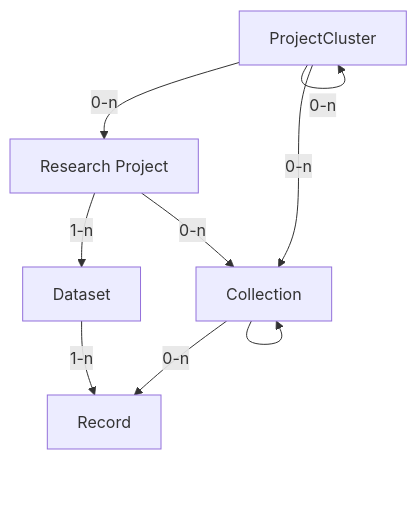
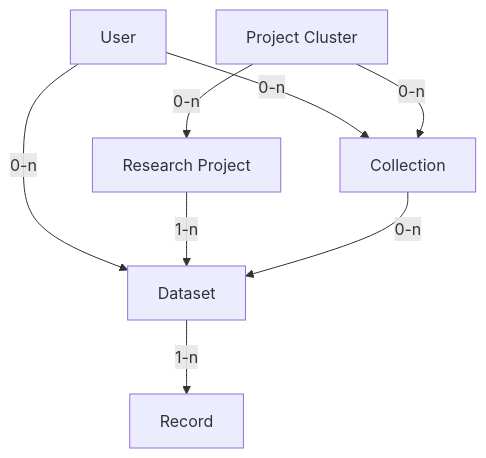
Before and after one commit to dasch-swiss/dsp-meta: the diagram in docs/data/future-datamodel.md, drawn with Mermaid. The commit also changed other lines of this file and 1 other file, not shown here.

````diff
--- a/docs/data/future-datamodel.md
+++ b/docs/data/future-datamodel.md
@@ -48,12 +48,20 @@
 ```mermaid
 
 flowchart TD
-    projectCluster[ProjectCluster] -->|0-n| project[Research Project]
-    projectCluster -->|0-n| projectCluster
-    project -->|1-n| dataset[Dataset]
-    dataset -->|1-n| record[Record]
-    project -->|0-n| collection[Collection]
+    projectCluster[Project Cluster]
+    project[Research Project]
+    dataset[Dataset]
+    record[Record]
+    collection[Collection]
+    user[User]
+
+    user -->|0-n| dataset
+    user -->|0-n| collection
+
+    projectCluster -->|0-n| project
     projectCluster -->|0-n| collection
-    collection --> collection
-    collection -->|0-n| record
+
+    project -->|1-n| dataset
+    dataset -->|1-n| record
+    collection --> |0-n| dataset
 ```
````
